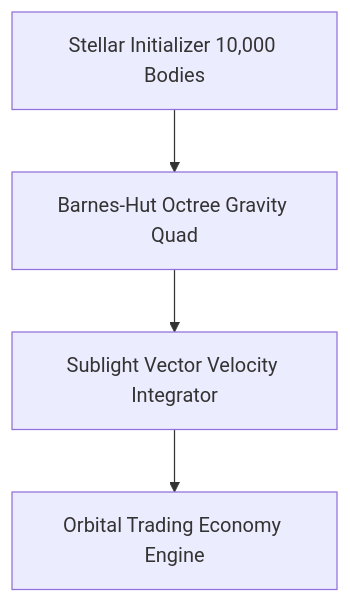
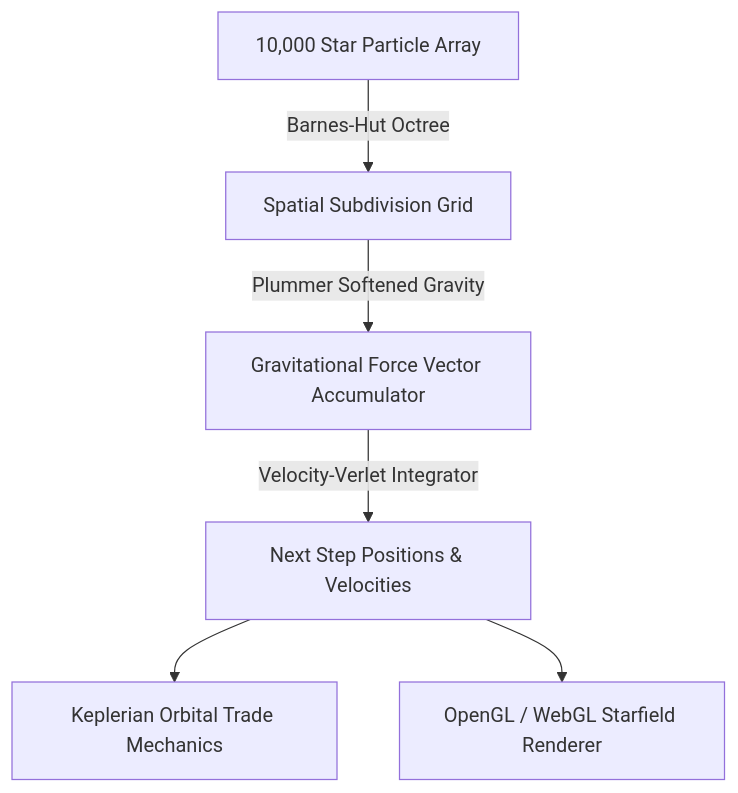
The diagram in README.md (Jirnyak/starcluster), drawn with Mermaid before and after one commit. The commit also changed other lines of this file, not shown here.

Commit message:
docs(readme): deploy bespoke technical architecture and syndicate specification

````diff
--- a/README.md
+++ b/README.md
@@ -34,6 +14,8 @@
 ```mermaid
 graph TD
-    A[Stellar Initializer 10,000 Bodies] --> B[Barnes-Hut Octree Gravity Quad]
-    B --> C[Sublight Vector Velocity Integrator]
-    C --> D[Orbital Trading Economy Engine]
+    Stars[10,000 Star Particle Array] -->|Barnes-Hut Octree| Octree[Spatial Subdivision Grid]
+    Octree -->|Plummer Softened Gravity| Forces[Gravitational Force Vector Accumulator]
+    Forces -->|Velocity-Verlet Integrator| Pos[Next Step Positions & Velocities]
+    Pos --> Economy[Keplerian Orbital Trade Mechanics]
+    Pos --> Viewport[OpenGL / WebGL Starfield Renderer]
 ```
````
